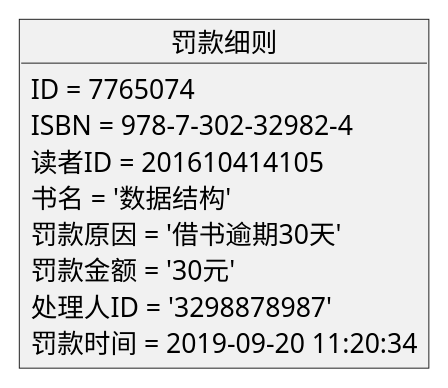
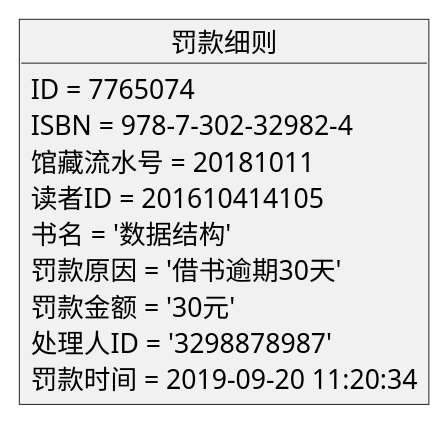
The diagram in test3/object9.md (Landy7/is_analysis), drawn with PlantUML before and after one commit. The commit also changed 8 other files, not shown here.

```diff
--- a/test3/object9.md
+++ b/test3/object9.md
@@ -1,16 +1,17 @@
 @startuml
 
 object 罚款细则{
     ID = 7765074
     ISBN = 978-7-302-32982-4
+    馆藏流水号 = 20181011
     读者ID = 201610414105
     书名 = '数据结构'
     罚款原因 = '借书逾期30天'
     罚款金额 = '30元' 
     处理人ID = '3298878987'
     罚款时间 = 2019-09-20 11:20:34
     
 
  }
 
 @enduml
```
